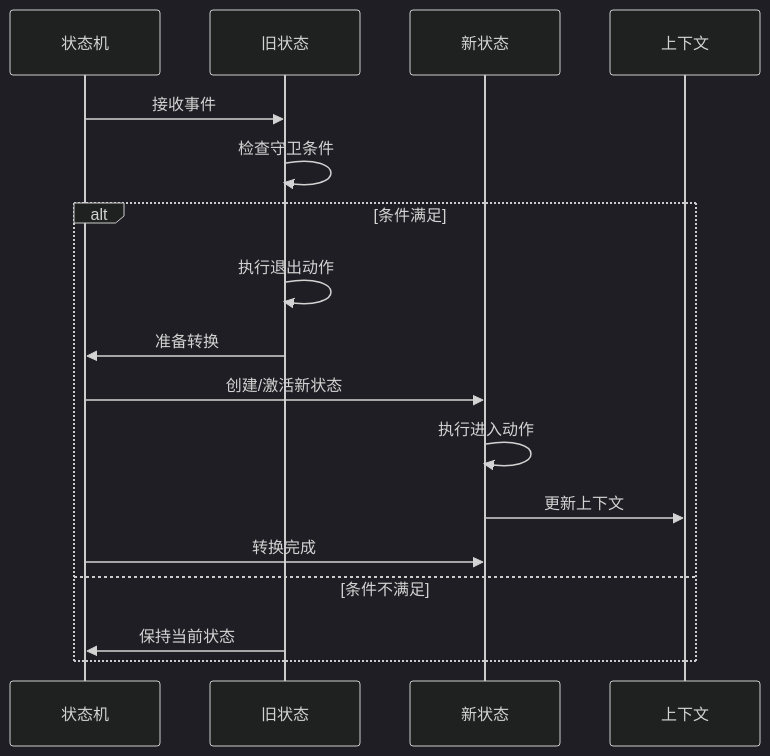
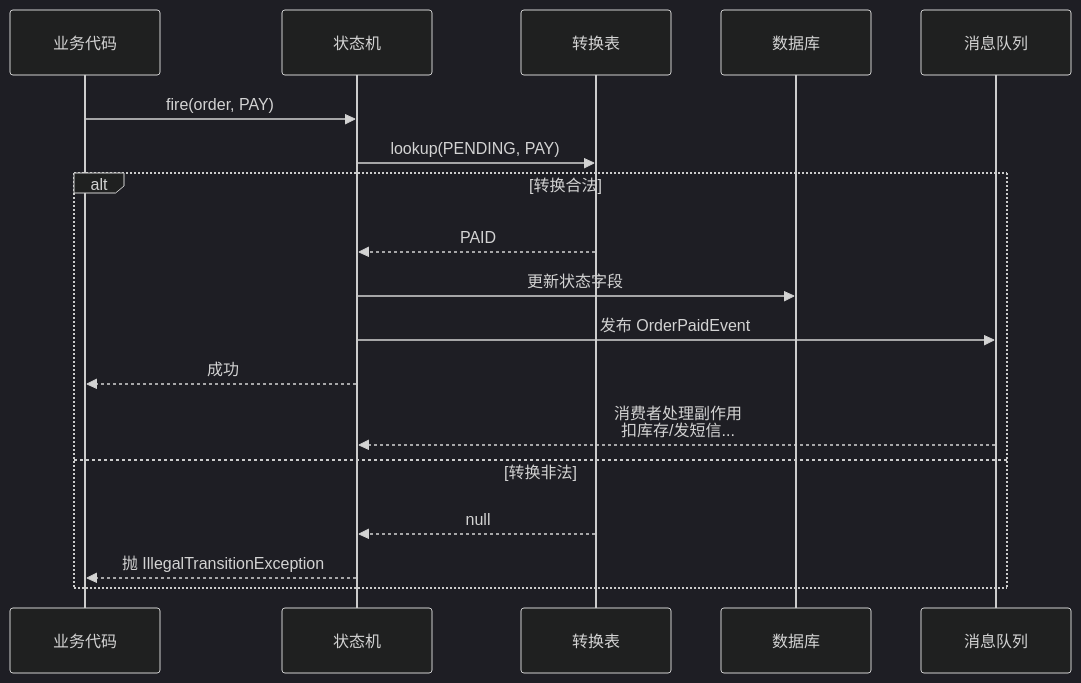
One commit to chongyang211/YCBookBlog changed diagram 14 of 18 in 00.通用技术的提升/07.方案设计思想/6.研发的效能/28.状态机设计的思想.md. Above: the diagram before and after it, drawn with Mermaid (dark theme). The commit also changed other lines of this file and 5 other files, not shown here.

````diff
--- a/00.通用技术的提升/07.方案设计思想/6.研发的效能/28.状态机设计的思想.md
+++ b/00.通用技术的提升/07.方案设计思想/6.研发的效能/28.状态机设计的思想.md
@@ -1238,21 +701,22 @@
 ```mermaid
 sequenceDiagram
+    participant Biz as 业务代码
     participant SM as 状态机
-    participant OldState as 旧状态
-    participant NewState as 新状态
-    participant Context as 上下文
+    participant Table as 转换表
+    participant DB as 数据库
+    participant MQ as 消息队列
     
-    SM->>OldState: 接收事件
-    OldState->>OldState: 检查守卫条件
+    Biz->>SM: fire(order, PAY)
+    SM->>Table: lookup(PENDING, PAY)
     
-    alt 条件满足
-        OldState->>OldState: 执行退出动作
-        OldState->>SM: 准备转换
-        SM->>NewState: 创建/激活新状态
-        NewState->>NewState: 执行进入动作
-        NewState->>Context: 更新上下文
-        SM->>NewState: 转换完成
-    else 条件不满足
-        OldState->>SM: 保持当前状态
+    alt 转换合法
+        Table-->>SM: PAID
+        SM->>DB: 更新状态字段
+        SM->>MQ: 发布 OrderPaidEvent
+        SM-->>Biz: 成功
+        MQ-->>SM: 消费者处理副作用<br/>扣库存/发短信...
+    else 转换非法
+        Table-->>SM: null
+        SM-->>Biz: 抛 IllegalTransitionException
     end
 ```
````
